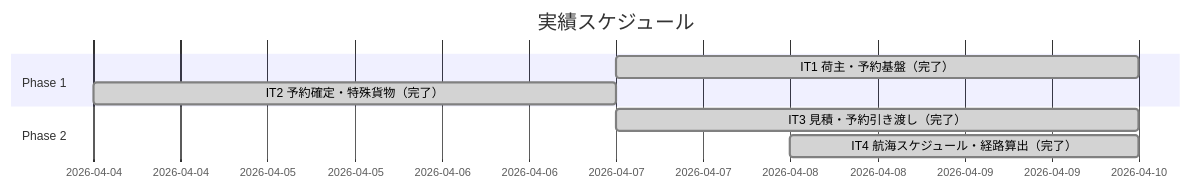
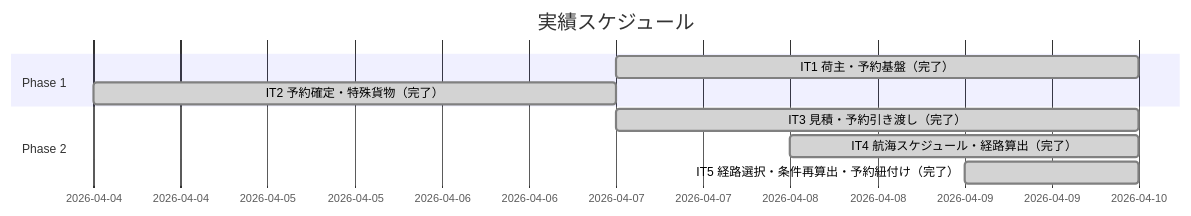
Before and after one commit to k2works/case-study-cargo-tracker: the second of 3 diagrams in docs/development/release_plan.md, drawn with Mermaid. The commit also changed other lines of this file and 1 other file, not shown here.

````diff
--- a/docs/development/release_plan.md
+++ b/docs/development/release_plan.md
@@ -152,11 +152,12 @@
 ```mermaid
 gantt
     title 実績スケジュール
     dateFormat  YYYY-MM-DD
     section Phase 1
     IT1 荷主・予約基盤（完了）         :done, a1, 2026-04-07, 3d
     IT2 予約確定・特殊貨物（完了）     :done, a2, 2026-04-04, 3d
     section Phase 2
     IT3 見積・予約引き渡し（完了）     :done, a3, 2026-04-07, 3d
     IT4 航海スケジュール・経路算出（完了） :done, a4, 2026-04-08, 2d
+    IT5 経路選択・条件再算出・予約紐付け（完了） :done, a5, 2026-04-09, 1d
 ```
````
